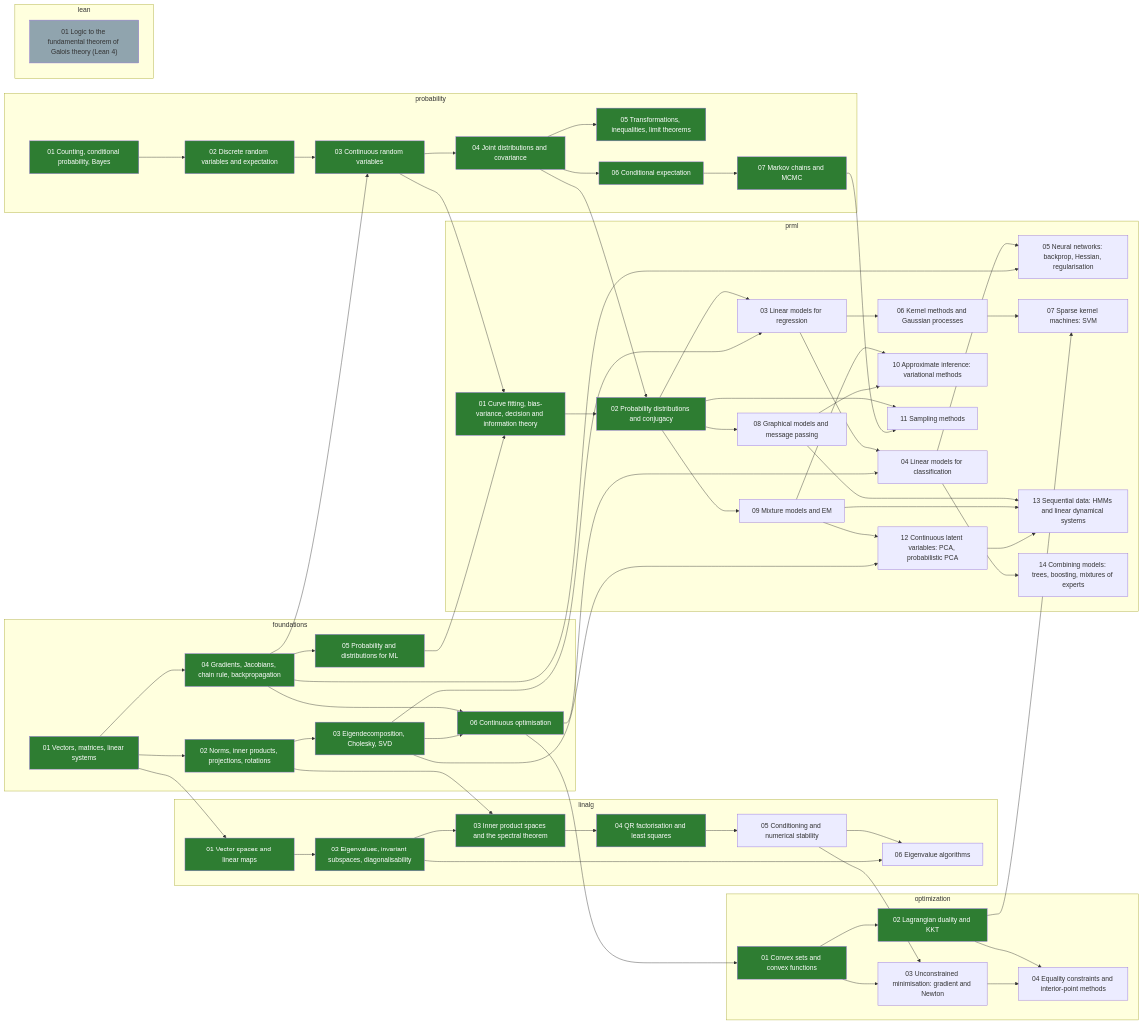
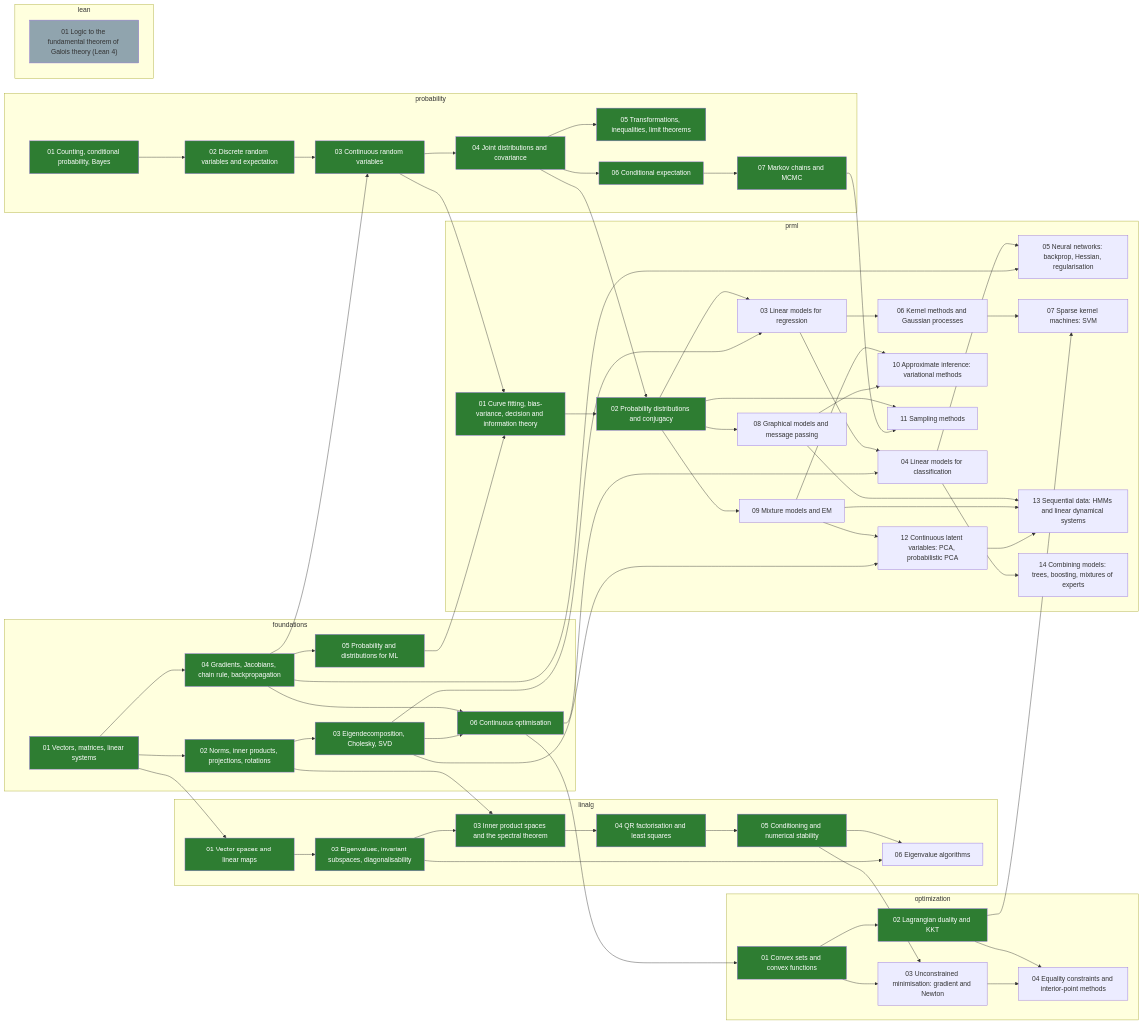
The diagram in skill-tree/README.md (alektebel/learn-stuff-from-scratch), drawn with Mermaid before and after one commit. The commit also changed other lines of this file and 8 other files, not shown here.

First line of the commit message:
math: build linalg-05-conditioning-stability

```diff
--- a/skill-tree/README.md
+++ b/skill-tree/README.md
@@ -82,7 +82,7 @@
     linalg-02-eigenvalues["02 Eigenvalues, invariant subspaces, diagonalisability"]:::done
     linalg-03-spectral-theorem["03 Inner product spaces and the spectral theorem"]:::done
     linalg-04-qr-least-squares["04 QR factorisation and least squares"]:::done
-    linalg-05-conditioning-stability["05 Conditioning and numerical stability"]
+    linalg-05-conditioning-stability["05 Conditioning and numerical stability"]:::done
     linalg-06-eigenvalue-algorithms["06 Eigenvalue algorithms"]
   end
   subgraph probability
```
